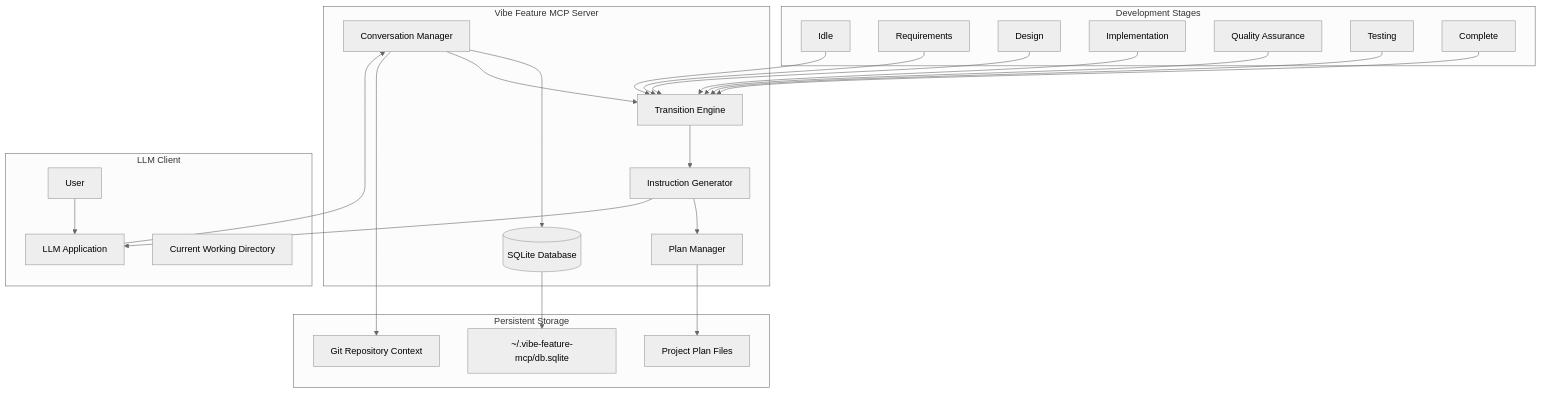
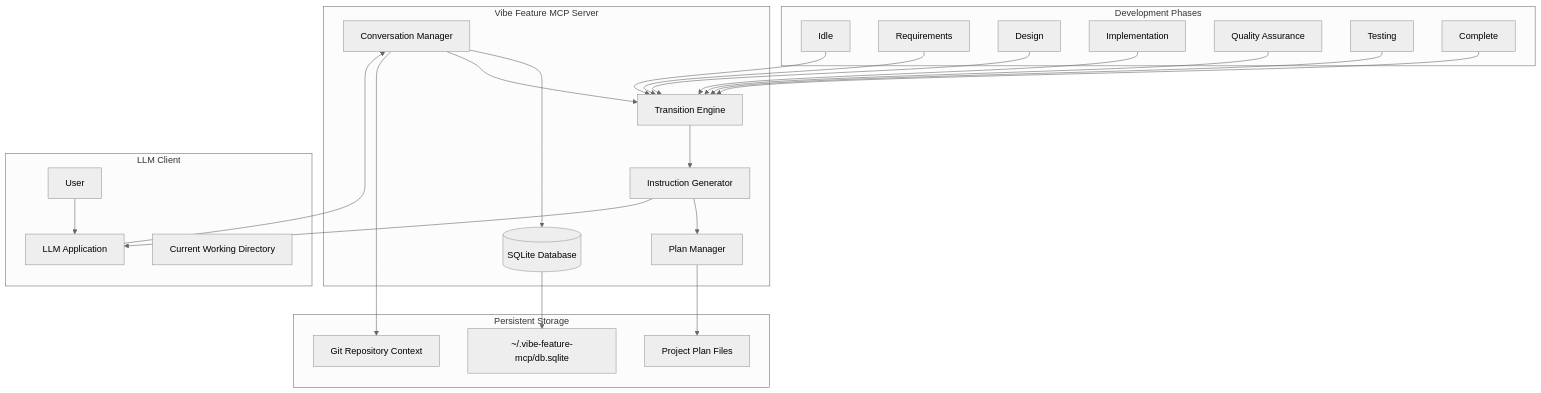
Before and after one commit to yovannyr/responsible-vibe-mcp: the first of 4 diagrams in README.md, drawn with Mermaid (neutral theme). The commit also changed other lines of this file and 28 other files, not shown here.

````diff
--- a/README.md
+++ b/README.md
@@ -35,53 +35,53 @@
 ```mermaid
 graph TB
     subgraph "Vibe Feature MCP Server"
         CM[Conversation Manager]
         TM[Transition Engine]
         IM[Instruction Generator]
         PM[Plan Manager]
         DB[(SQLite Database)]
     end
     
-    subgraph "Development Stages"
+    subgraph "Development Phases"
         IDLE[Idle]
         REQ[Requirements]
         DES[Design]
         IMP[Implementation]
         QA[Quality Assurance]
         TEST[Testing]
         COMP[Complete]
     end
     
     subgraph "Persistent Storage"
         DBFILE[~/.vibe-feature-mcp/db.sqlite]
         PF[Project Plan Files]
         GIT[Git Repository Context]
     end
     
     subgraph "LLM Client"
         LLM[LLM Application]
         USER[User]
         CWD[Current Working Directory]
     end
     
     USER --> LLM
     LLM --> CM
     CM --> DB
     CM --> TM
     TM --> IM
     IM --> PM
     
     DB --> DBFILE
     PM --> PF
     CM --> GIT
     
     IDLE --> TM
     REQ --> TM
     DES --> TM
     IMP --> TM
     QA --> TM
     TEST --> TM
     COMP --> TM
     
     IM --> LLM
 ```
````
